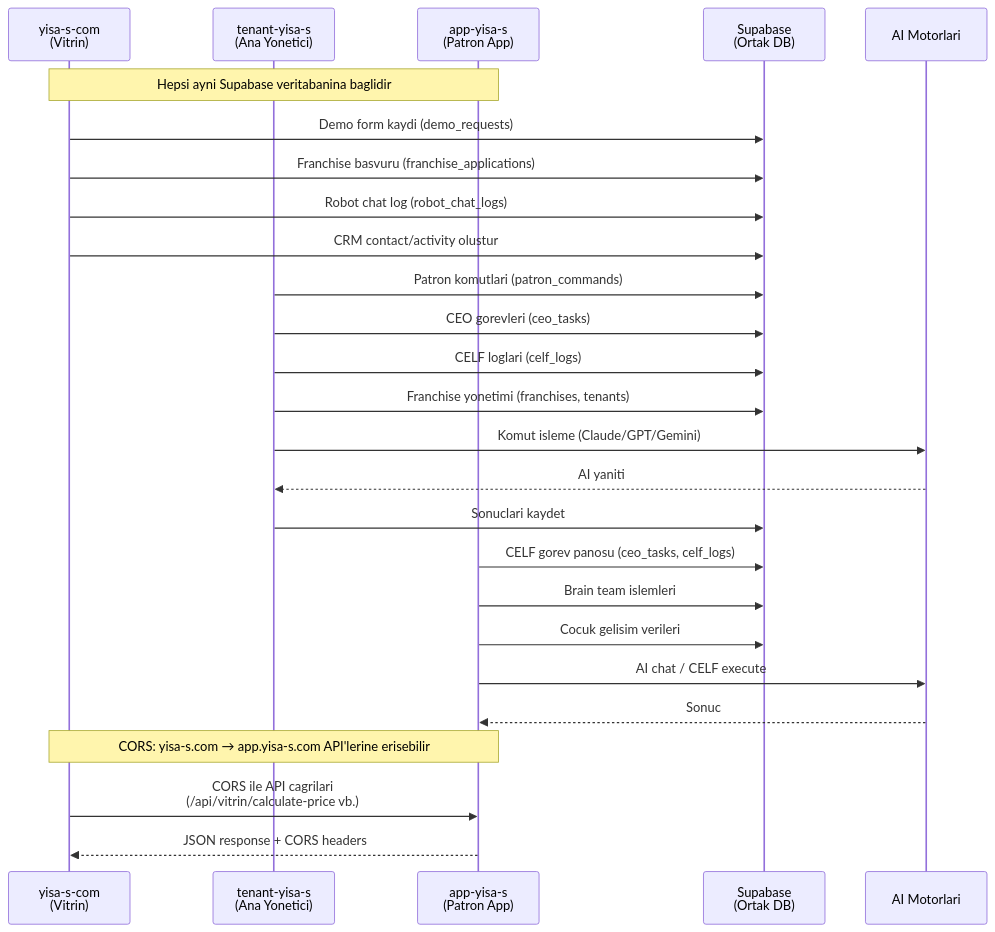
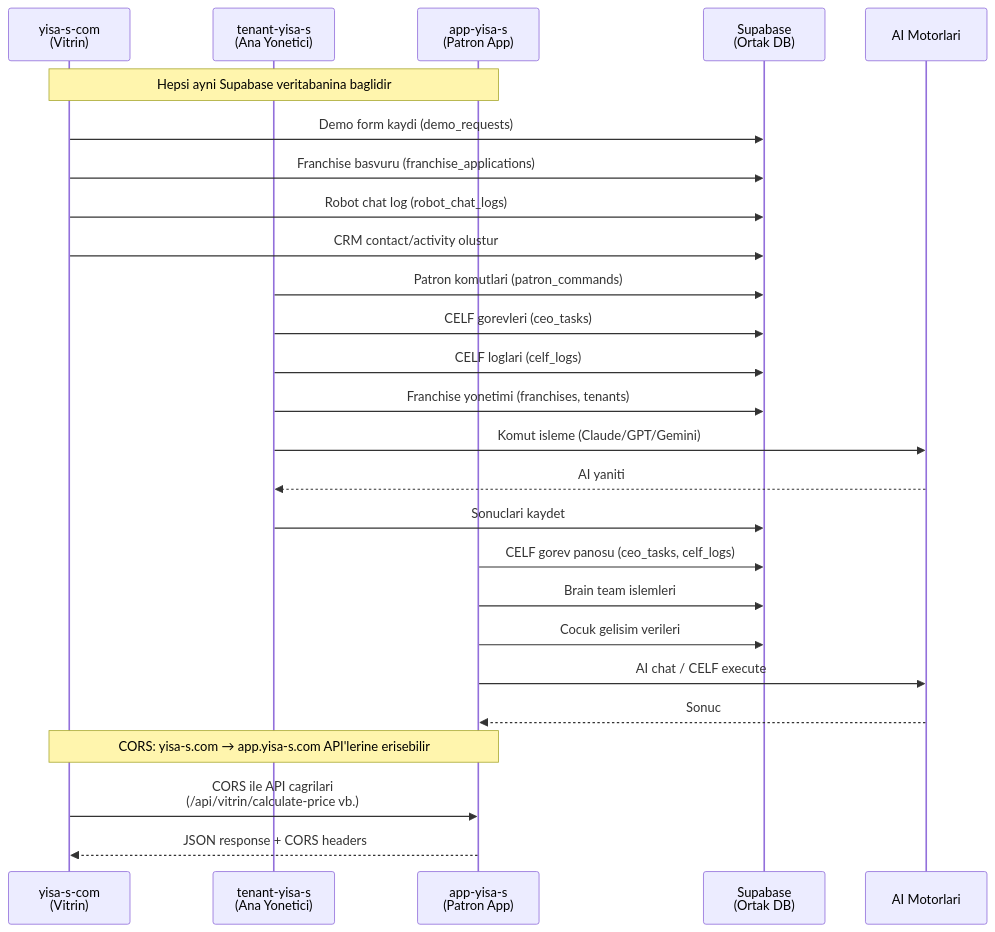
One commit to serdincaltay-ai/yisa-s-app changed the second of 5 diagrams in YISA-S-PROJE-SEMA-VE-DURUM.md. Above: the diagram before and after it, drawn with Mermaid. The commit also changed other lines of this file and 3 other files, not shown here.

````diff
--- a/YISA-S-PROJE-SEMA-VE-DURUM.md
+++ b/YISA-S-PROJE-SEMA-VE-DURUM.md
@@ -96,34 +96,34 @@
 ```mermaid
 sequenceDiagram
     participant V as yisa-s-com<br/>(Vitrin)
     participant T as tenant-yisa-s<br/>(Ana Yonetici)
     participant A as app-yisa-s<br/>(Patron App)
     participant DB as Supabase<br/>(Ortak DB)
     participant AI as AI Motorlari
 
     Note over V,A: Hepsi ayni Supabase veritabanina baglidir
 
     V->>DB: Demo form kaydi (demo_requests)
     V->>DB: Franchise basvuru (franchise_applications)
     V->>DB: Robot chat log (robot_chat_logs)
     V->>DB: CRM contact/activity olustur
 
     T->>DB: Patron komutlari (patron_commands)
-    T->>DB: CEO gorevleri (ceo_tasks)
+    T->>DB: CELF gorevleri (ceo_tasks)
     T->>DB: CELF loglari (celf_logs)
     T->>DB: Franchise yonetimi (franchises, tenants)
     T->>AI: Komut isleme (Claude/GPT/Gemini)
     AI-->>T: AI yaniti
     T->>DB: Sonuclari kaydet
 
     A->>DB: CELF gorev panosu (ceo_tasks, celf_logs)
     A->>DB: Brain team islemleri
     A->>DB: Cocuk gelisim verileri
     A->>AI: AI chat / CELF execute
     AI-->>A: Sonuc
 
     Note over V,A: CORS: yisa-s.com → app.yisa-s.com API'lerine erisebilir
 
     V->>A: CORS ile API cagrilari<br/>(/api/vitrin/calculate-price vb.)
     A-->>V: JSON response + CORS headers
 ```
````
